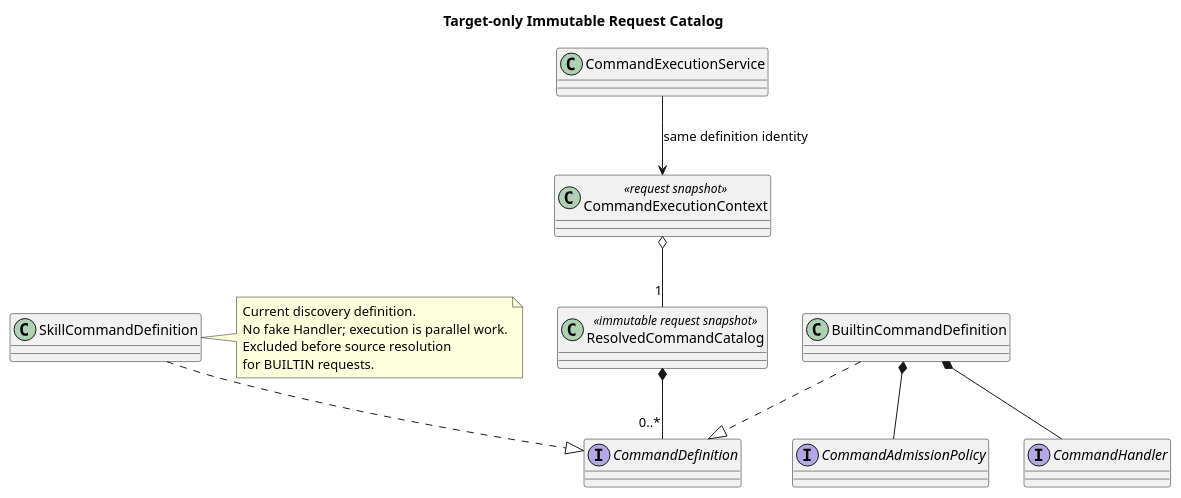
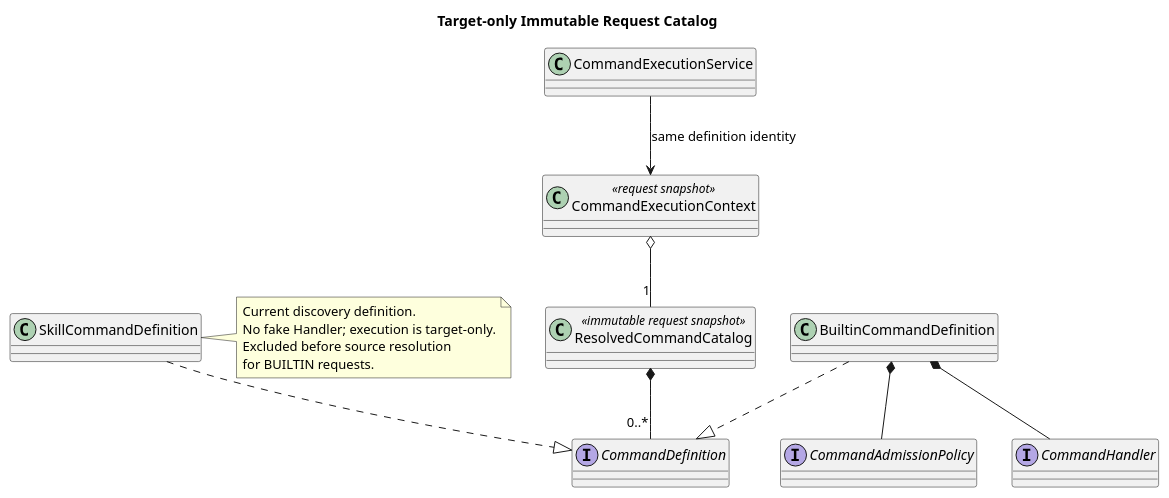
The second of 3 diagrams in 04-命令与技能/00-Slash-Command通用模块/设计图/diagram.puml (ssm0808/pi-mono-java-design), drawn with PlantUML before and after one commit. The commit also changed 17 other files, not shown here.

```diff
--- a/04-命令与技能/00-Slash-Command通用模块/设计图/diagram.puml
+++ b/04-命令与技能/00-Slash-Command通用模块/设计图/diagram.puml
@@ -43,27 +43,27 @@
 @startuml target_command_resolution_classes
 title Target-only Immutable Request Catalog
 ' Source evidence: pi-mono-java@0bb794f2 modules/coding-agent-cli/src/main/java/com/campusclaw/codingagent/runtimeapi/command/ResolvedCommandCatalog.java.
 ' Design reason: catalog, admission, and dispatch share definition identity; Help content uses Agent metadata instead.
 skinparam shadowing false
 interface CommandDefinition
 class BuiltinCommandDefinition
 class SkillCommandDefinition
 interface CommandHandler
 interface CommandAdmissionPolicy
 class ResolvedCommandCatalog <<immutable request snapshot>>
 class CommandExecutionContext <<request snapshot>>
 class CommandExecutionService
 BuiltinCommandDefinition ..|> CommandDefinition
 SkillCommandDefinition ..|> CommandDefinition
 BuiltinCommandDefinition *-- CommandHandler
 BuiltinCommandDefinition *-- CommandAdmissionPolicy
 ResolvedCommandCatalog *-- "0..*" CommandDefinition
 CommandExecutionContext o-- "1" ResolvedCommandCatalog
 CommandExecutionService --> CommandExecutionContext : same definition identity
 note right of SkillCommandDefinition
 Current discovery definition.
-No fake Handler; execution is parallel work.
+No fake Handler; execution is target-only.
 Excluded before source resolution
 for BUILTIN requests.
 end note
 @enduml
```
